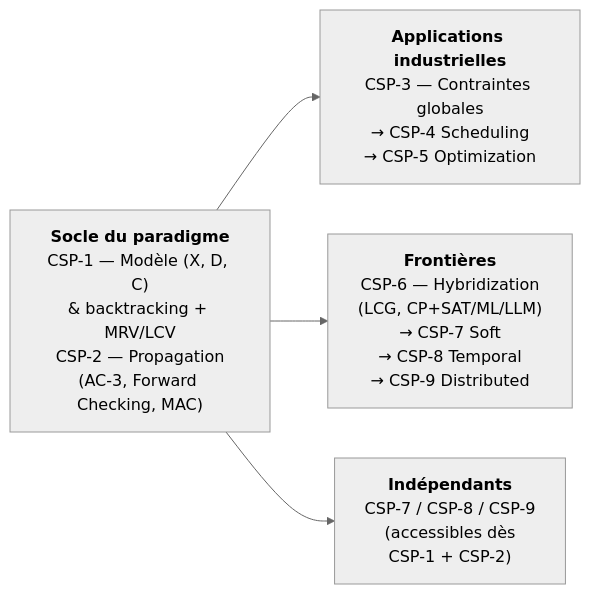
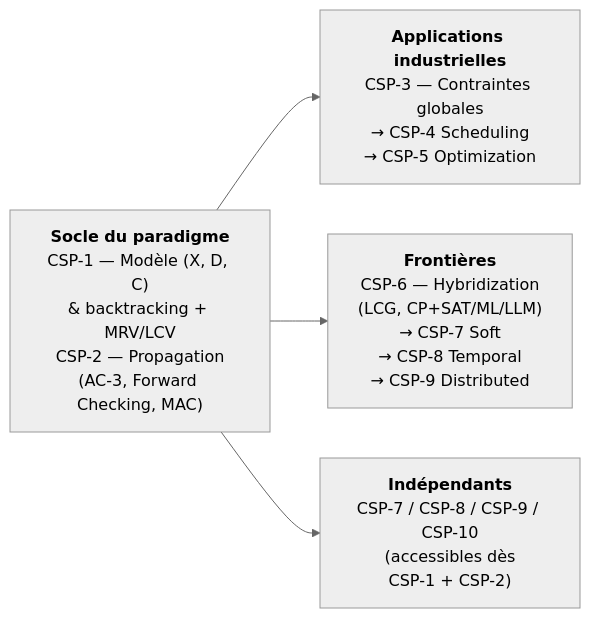
Before and after one commit to jsboige/CoursIA: the diagram in MyIA.AI.Notebooks/Search/Part2-CSP/README.md, drawn with Mermaid (neutral theme). The commit also changed 1 other file, not shown here.

Commit message:
Fix(search): CSP-10 — prose alignee aux sorties (2^64, CP-SAT/Choco) + re-exec
- cellule 4 + commentaire cellule 12 : 2^30 -> 2^64 (la sortie committue dit 2^64)
- cellules 0 + 19 : Choco -> CP-SAT (OR-Tools, Python) / Choco (.NET), conforme au README
- README mermaid : CSP-10 ajoute au noeud Independants
- re-exec papermill (python3, z3 4.15.4) : ec 1-8, 0 erreur, metadata papermill frais

````diff
--- a/MyIA.AI.Notebooks/Search/Part2-CSP/README.md
+++ b/MyIA.AI.Notebooks/Search/Part2-CSP/README.md
@@ -96,10 +96,10 @@
 ```mermaid
 flowchart LR
     SOCLE["<b>Socle du paradigme</b><br/>CSP-1 — Modèle (X, D, C)<br/>&amp; backtracking + MRV/LCV<br/>CSP-2 — Propagation<br/>(AC-3, Forward Checking, MAC)"]
     APP["<b>Applications industrielles</b><br/>CSP-3 — Contraintes globales<br/>→ CSP-4 Scheduling<br/>→ CSP-5 Optimization"]
     FRO["<b>Frontières</b><br/>CSP-6 — Hybridization<br/>(LCG, CP+SAT/ML/LLM)<br/>→ CSP-7 Soft<br/>→ CSP-8 Temporal<br/>→ CSP-9 Distributed"]
-    IND["<b>Indépendants</b><br/>CSP-7 / CSP-8 / CSP-9<br/>(accessibles dès<br/>CSP-1 + CSP-2)"]
+    IND["<b>Indépendants</b><br/>CSP-7 / CSP-8 / CSP-9 / CSP-10<br/>(accessibles dès<br/>CSP-1 + CSP-2)"]
     SOCLE --> APP
     SOCLE --> FRO
     SOCLE --> IND
 ```
````
